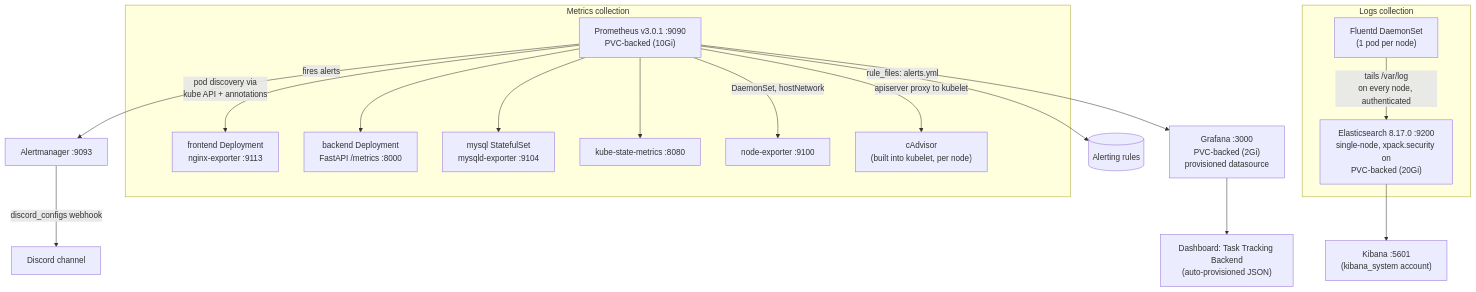
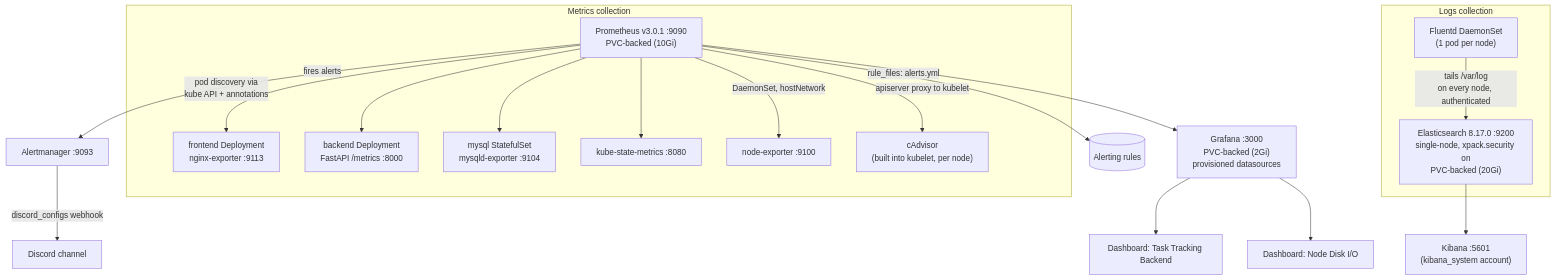
The third of 4 diagrams in docs/ARCHITECTURE-AND-MONITORING.md (Olalekog/task-tracking-app-gitops), drawn with Mermaid before and after one commit. The commit also changed other lines of this file, not shown here.

First line of the commit message:
Restructure docs with What/Why/How, document disk I/O alert + dashboard

````diff
--- a/docs/ARCHITECTURE-AND-MONITORING.md
+++ b/docs/ARCHITECTURE-AND-MONITORING.md
@@ -86,21 +129,22 @@
 ```mermaid
 flowchart TB
     subgraph Metrics collection
         Prom["Prometheus v3.0.1 :9090\nPVC-backed (10Gi)"] -->|pod discovery via\nkube API + annotations| FEExp[frontend Deployment\nnginx-exporter :9113]
         Prom --> BE[backend Deployment\nFastAPI /metrics :8000]
         Prom --> DBExp[mysql StatefulSet\nmysqld-exporter :9104]
         Prom --> KSM[kube-state-metrics :8080]
         Prom -->|"DaemonSet, hostNetwork"| NE[node-exporter :9100]
         Prom -->|"apiserver proxy to kubelet"| CAD["cAdvisor\n(built into kubelet, per node)"]
     end
     Prom -->|"rule_files: alerts.yml"| Rules[(Alerting rules)]
     Prom -->|fires alerts| AM["Alertmanager :9093"]
     AM -->|discord_configs webhook| Discord["Discord channel"]
-    Prom --> Graf["Grafana :3000\nPVC-backed (2Gi)\nprovisioned datasource"]
-    Graf --> Dash["Dashboard: Task Tracking Backend\n(auto-provisioned JSON)"]
+    Prom --> Graf["Grafana :3000\nPVC-backed (2Gi)\nprovisioned datasources"]
+    Graf --> DashBE["Dashboard: Task Tracking Backend"]
+    Graf --> DashDisk["Dashboard: Node Disk I/O"]
 
     subgraph Logs collection
         FluentdDS["Fluentd DaemonSet\n(1 pod per node)"] -->|"tails /var/log\non every node, authenticated"| ES["Elasticsearch 8.17.0 :9200\nsingle-node, xpack.security on\nPVC-backed (20Gi)"]
     end
     ES --> Kib["Kibana :5601\n(kibana_system account)"]
 ```
````
